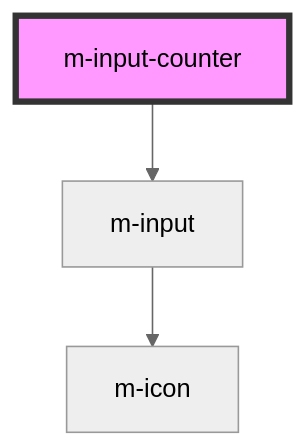
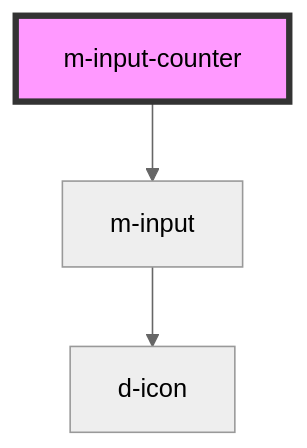
One commit to dynamic-framework/dynamic-ui changed the diagram in libraries/dynamic-ui/src/components/m-input-counter/readme.md. Above: the diagram before and after it, drawn with Mermaid (neutral theme). The commit also changed 54 other files, not shown here.

````diff
--- a/libraries/dynamic-ui/src/components/m-input-counter/readme.md
+++ b/libraries/dynamic-ui/src/components/m-input-counter/readme.md
@@ -52,6 +52,6 @@
 ```mermaid
 graph TD;
   m-input-counter --> m-input
-  m-input --> m-icon
+  m-input --> d-icon
   style m-input-counter fill:#f9f,stroke:#333,stroke-width:4px
 ```
````
